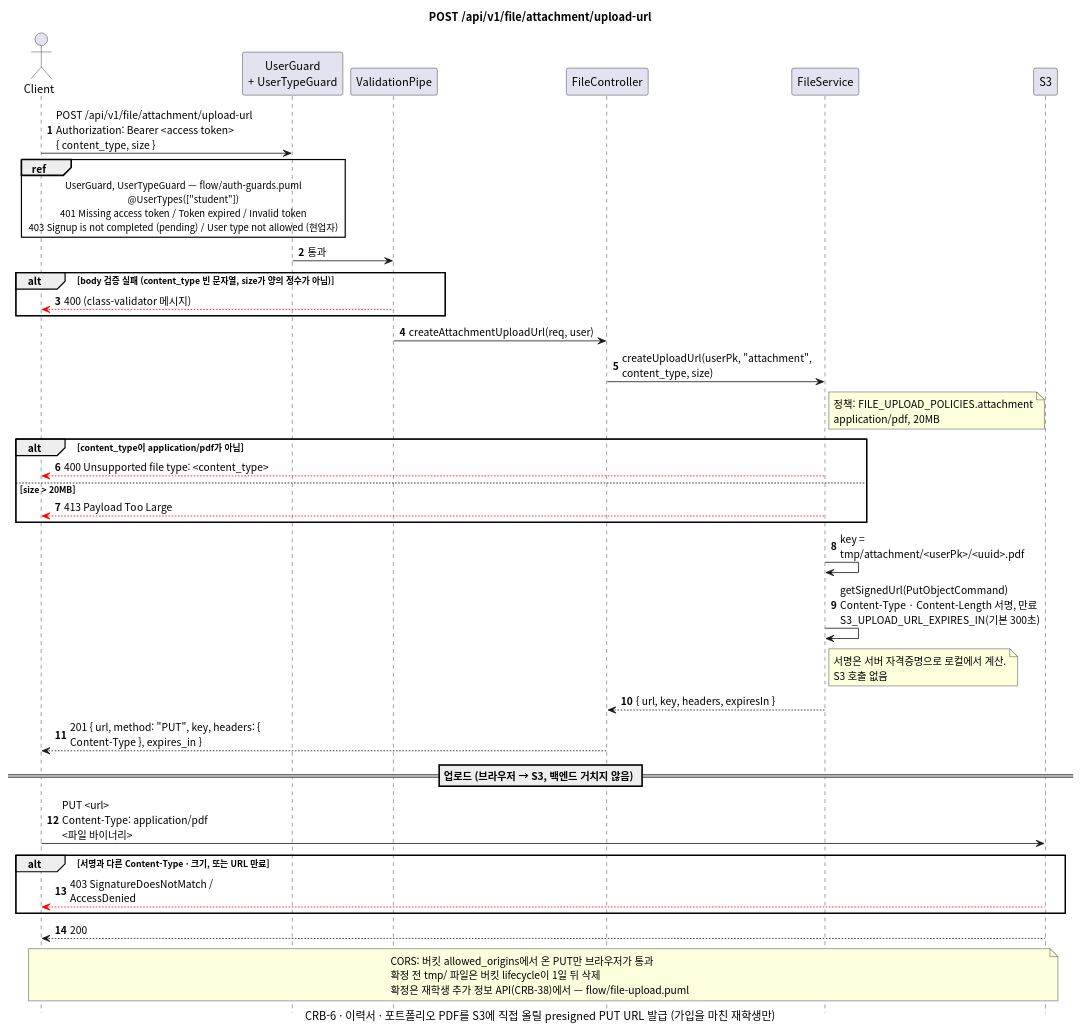
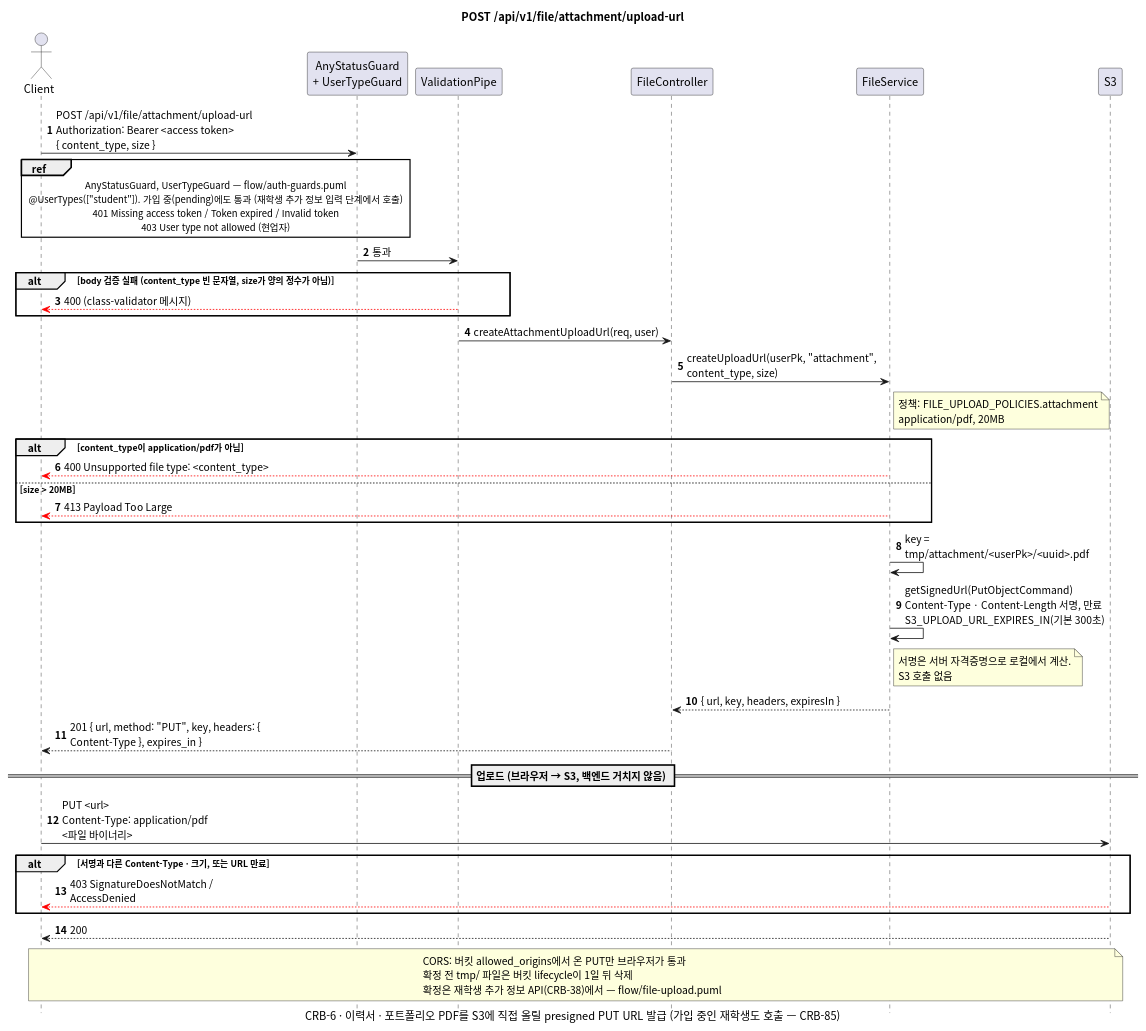
Before and after one commit to gsainfoteam/cheers-be: the diagram in docs/sequence/file/post-attachment-upload-url.puml, drawn with PlantUML. The commit also changed 2 other files, not shown here.

Commit message:
- bug: allow pending students to request attachment upload URL

```diff
--- a/docs/sequence/file/post-attachment-upload-url.puml
+++ b/docs/sequence/file/post-attachment-upload-url.puml
@@ -1,64 +1,64 @@
 @startuml post-attachment-upload-url
 skinparam defaultFontName "Apple SD Gothic Neo", "Noto Sans CJK KR", sans-serif
 skinparam responseMessageBelowArrow true
 skinparam sequenceMessageAlign left
 skinparam maxMessageSize 260
 skinparam BoxPadding 8
 skinparam shadowing false
 autonumber
 hide footbox
 
 title POST /api/v1/file/attachment/upload-url
-caption CRB-6 · 이력서 · 포트폴리오 PDF를 S3에 직접 올릴 presigned PUT URL 발급 (가입을 마친 재학생만)
+caption CRB-6 · 이력서 · 포트폴리오 PDF를 S3에 직접 올릴 presigned PUT URL 발급 (가입 중인 재학생도 호출 — CRB-85)
 
 actor Client
-participant "UserGuard\n+ UserTypeGuard" as Guard
+participant "AnyStatusGuard\n+ UserTypeGuard" as Guard
 participant "ValidationPipe" as Pipe
 participant "FileController" as Controller
 participant "FileService" as Service
 participant "S3"
 
 Client -> Guard: POST /api/v1/file/attachment/upload-url\nAuthorization: Bearer <access token>\n{ content_type, size }
 ref over Client, Guard
-  UserGuard, UserTypeGuard — flow/auth-guards.puml
-  @UserTypes(["student"])
+  AnyStatusGuard, UserTypeGuard — flow/auth-guards.puml
+  @UserTypes(["student"]). 가입 중(pending)에도 통과 (재학생 추가 정보 입력 단계에서 호출)
   401 Missing access token / Token expired / Invalid token
-  403 Signup is not completed (pending) / User type not allowed (현업자)
+  403 User type not allowed (현업자)
 end ref
 Guard -> Pipe: 통과
 alt body 검증 실패 (content_type 빈 문자열, size가 양의 정수가 아님)
   Pipe -[#red]-> Client: 400 (class-validator 메시지)
 end
 Pipe -> Controller: createAttachmentUploadUrl(req, user)
 Controller -> Service: createUploadUrl(userPk, "attachment", content_type, size)
 note right of Service: 정책: FILE_UPLOAD_POLICIES.attachment\napplication/pdf, 20MB
 
 alt content_type이 application/pdf가 아님
   Service -[#red]-> Client: 400 Unsupported file type: <content_type>
 else size > 20MB
   Service -[#red]-> Client: 413 Payload Too Large
 end
 
 Service -> Service: key = tmp/attachment/<userPk>/<uuid>.pdf
 Service -> Service: getSignedUrl(PutObjectCommand)\nContent-Type · Content-Length 서명, 만료 S3_UPLOAD_URL_EXPIRES_IN(기본 300초)
 note right of Service
   서명은 서버 자격증명으로 로컬에서 계산.
   S3 호출 없음
 end note
 Service --> Controller: { url, key, headers, expiresIn }
 Controller --> Client: 201 { url, method: "PUT", key, headers: { Content-Type }, expires_in }
 
 == 업로드 (브라우저 → S3, 백엔드 거치지 않음) ==
 
 Client -> S3: PUT <url>\nContent-Type: application/pdf\n<파일 바이너리>
 alt 서명과 다른 Content-Type · 크기, 또는 URL 만료
   S3 -[#red]-> Client: 403 SignatureDoesNotMatch / AccessDenied
 end
 S3 --> Client: 200
 note over Client, S3
   CORS: 버킷 allowed_origins에서 온 PUT만 브라우저가 통과
   확정 전 tmp/ 파일은 버킷 lifecycle이 1일 뒤 삭제
   확정은 재학생 추가 정보 API(CRB-38)에서 — flow/file-upload.puml
 end note
 
 @enduml
```
